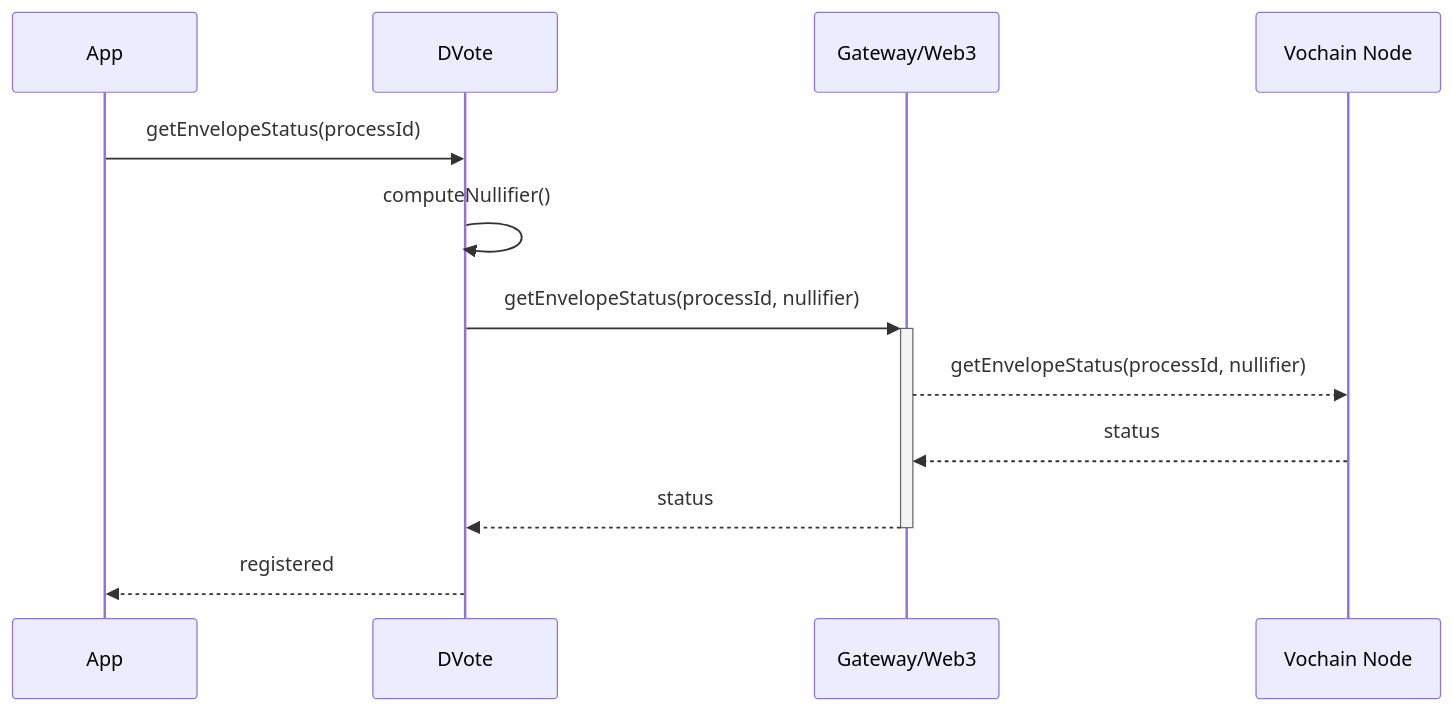
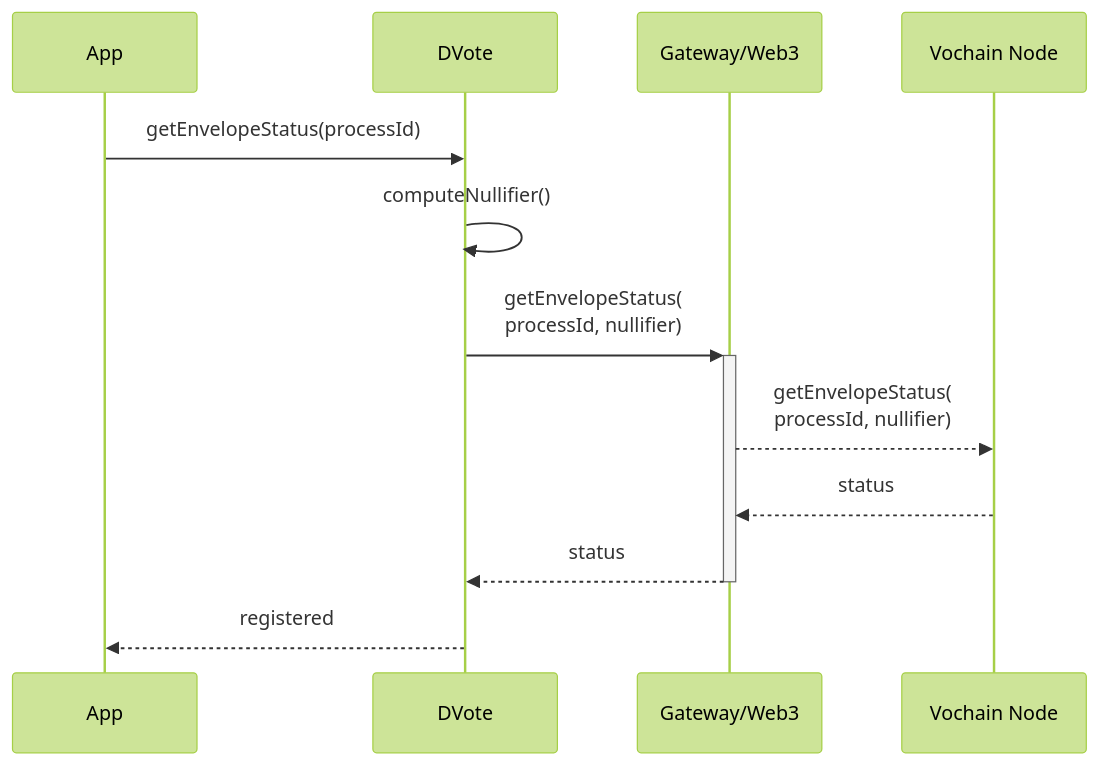
One commit to vocdoni/docs changed the eighth of 10 diagrams in src/architecture/sequence-diagrams.md. Above: the diagram before and after it, drawn with Mermaid. The commit also changed other lines of this file and 1 other file, not shown here.

Commit message:
Improve mermaid sequence diagrams

````diff
--- a/src/architecture/sequence-diagrams.md
+++ b/src/architecture/sequence-diagrams.md
@@ -326,20 +330,21 @@
 ```mermaid
+%%{init: {'theme':'forest'}}%%
 sequenceDiagram
     participant App
     participant DV as DVote
     participant GW as Gateway/Web3
     participant VN as Vochain Node
 
     App->>DV: getEnvelopeStatus(processId)
 
         DV->>DV: computeNullifier()
 
-        DV->>+GW: getEnvelopeStatus(processId, nullifier)
+        DV->>+GW: getEnvelopeStatus(<br/>processId, nullifier)
 
-            GW-->>VN: getEnvelopeStatus(processId, nullifier)
+            GW-->>VN: getEnvelopeStatus(<br/>processId, nullifier)
             VN-->>GW: status
 
         GW-->>-DV: status
 
     DV-->>App: registered
 ```
````
